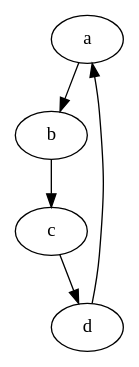
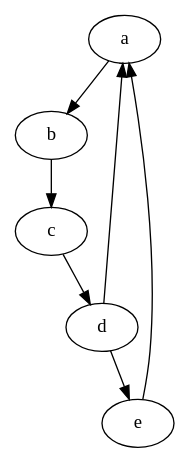
Before and after one commit to de-jcup/eclipse-asciidoctor-editor: the second of 2 diagrams in asciidoctor-editor-other/testscripts/18_diagrams.adoc, drawn with Graphviz. The commit also changed other lines of this file and 6 other files, not shown here.

```diff
--- a/asciidoctor-editor-other/testscripts/18_diagrams.adoc
+++ b/asciidoctor-editor-other/testscripts/18_diagrams.adoc
@@ -15,9 +15,11 @@
 [graphviz, dot-example, svg]
 ----
 digraph g {
     a -> b
     b -> c
     c -> d
     d -> a
+    d -> e
+	e -> a
 }
 ----
```
